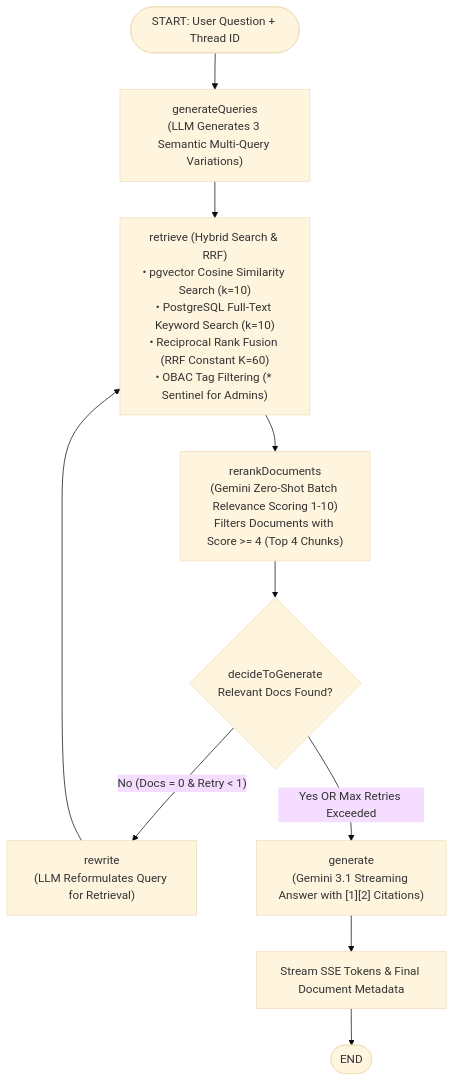
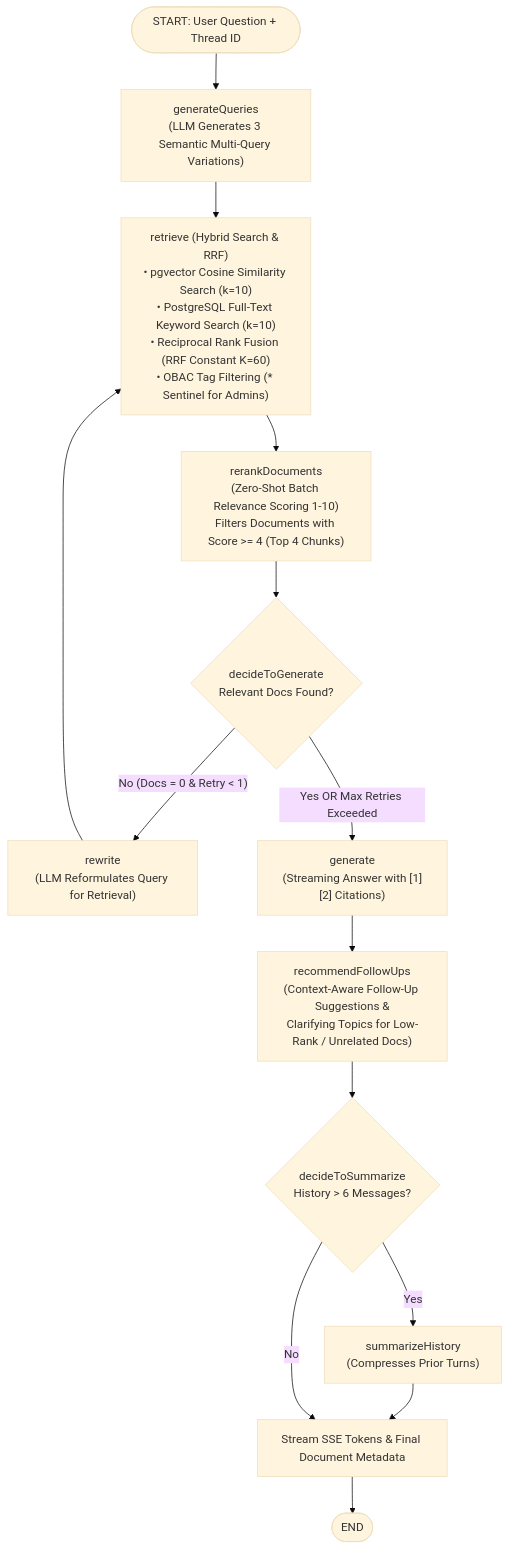
One commit to iqbal-fadholi/RAG-AI changed the second of 4 diagrams in README.md. Above: the diagram before and after it, drawn with Mermaid (base theme). The commit also changed other lines of this file and 4 other files, not shown here.

Commit message:
feat: implement automated follow-up question generation using an LLM within the chat graph and update frontend/API to display suggestions.

````diff
--- a/README.md
+++ b/README.md
@@ -94,18 +94,24 @@
 ```mermaid
 flowchart TD
     START(["START: User Question + Thread ID"]) --> GenQueries["generateQueries\n(LLM Generates 3 Semantic Multi-Query Variations)"]
     
     GenQueries --> Retrieve["retrieve (Hybrid Search & RRF)\n• pgvector Cosine Similarity Search (k=10)\n• PostgreSQL Full-Text Keyword Search (k=10)\n• Reciprocal Rank Fusion (RRF Constant K=60)\n• OBAC Tag Filtering (* Sentinel for Admins)"]
     
-    Retrieve --> Rerank["rerankDocuments\n(Gemini Zero-Shot Batch Relevance Scoring 1-10)\nFilters Documents with Score >= 4 (Top 4 Chunks)"]
+    Retrieve --> Rerank["rerankDocuments\n(Zero-Shot Batch Relevance Scoring 1-10)\nFilters Documents with Score >= 4 (Top 4 Chunks)"]
     
     Rerank --> Decision{"decideToGenerate\nRelevant Docs Found?"}
     
     Decision -- "No (Docs = 0 & Retry < 1)" --> Rewrite["rewrite\n(LLM Reformulates Query for Retrieval)"]
     Rewrite --> Retrieve
     
-    Decision -- "Yes OR Max Retries Exceeded" --> Generate["generate\n(Gemini 3.1 Streaming Answer with [1][2] Citations)"]
+    Decision -- "Yes OR Max Retries Exceeded" --> Generate["generate\n(Streaming Answer with [1][2] Citations)"]
     
-    Generate --> SSEOut["Stream SSE Tokens & Final Document Metadata"]
+    Generate --> Recommend["recommendFollowUps\n(Context-Aware Follow-Up Suggestions &\nClarifying Topics for Low-Rank / Unrelated Docs)"]
+    
+    Recommend --> SummarizeDecision{"decideToSummarize\nHistory > 6 Messages?"}
+    SummarizeDecision -- "Yes" --> Summarize["summarizeHistory\n(Compresses Prior Turns)"]
+    Summarize --> SSEOut["Stream SSE Tokens & Final Document Metadata"]
+    SummarizeDecision -- "No" --> SSEOut
+    
     SSEOut --> END(["END"])
 ```
````
